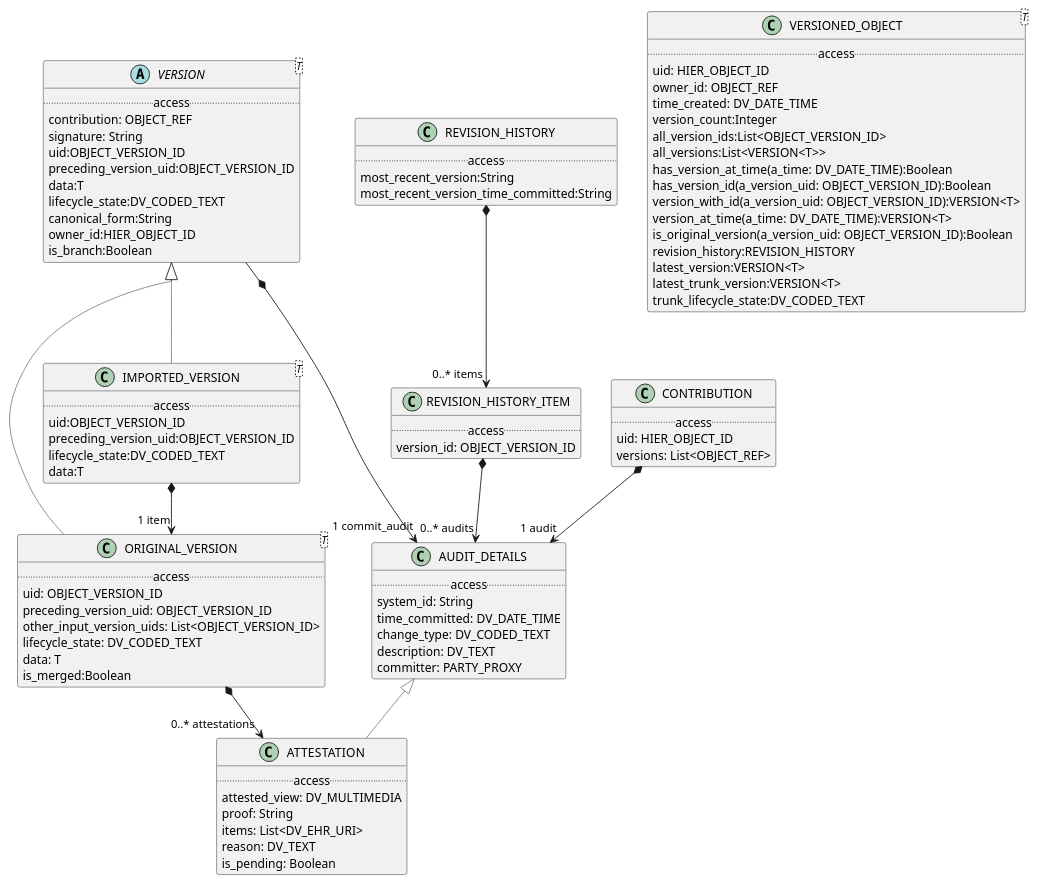
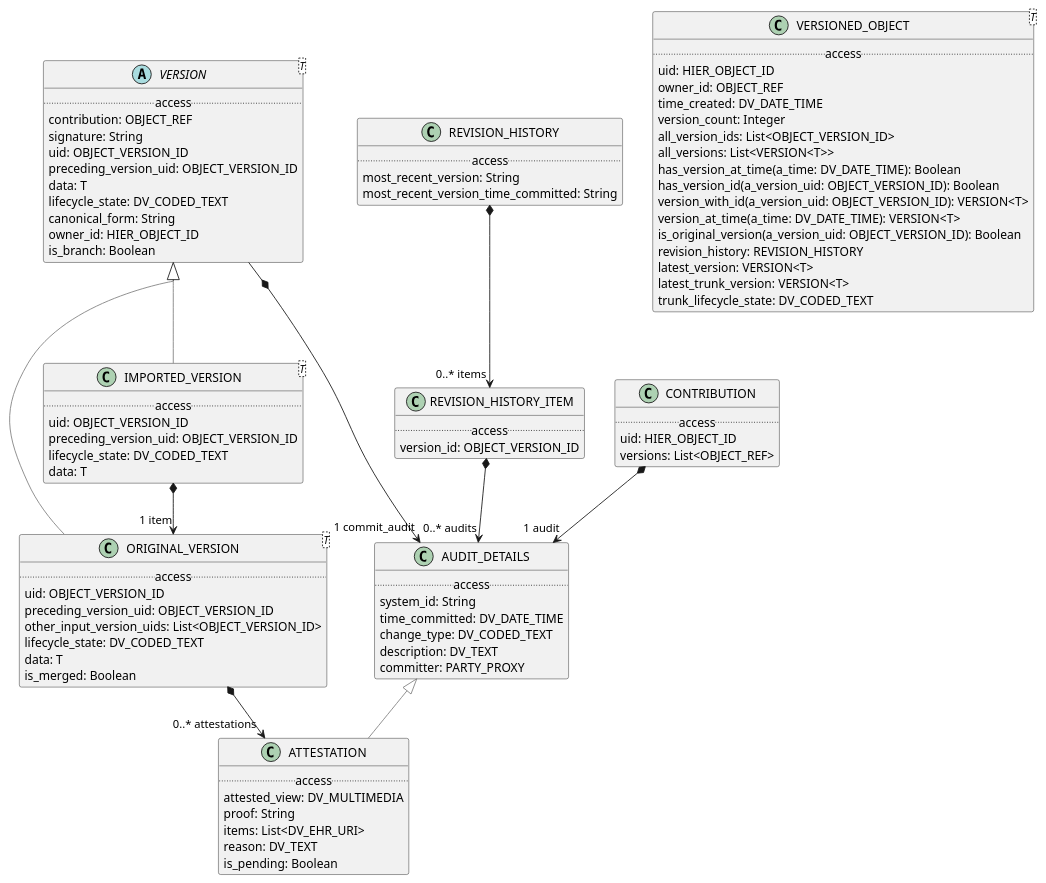
Before and after one commit to wolandscat/openehr-doc: the diagram in modules/ROOT/examples/bmm/infostructure/versioning/versioning-package-uml.adoc, drawn with PlantUML. The commit also changed 293 other files, not shown here.

Commit message:
Regen with tweaks to UML output and correct metatypes for nested generics.

```diff
--- a/modules/ROOT/examples/bmm/infostructure/versioning/versioning-package-uml.adoc
+++ b/modules/ROOT/examples/bmm/infostructure/versioning/versioning-package-uml.adoc
@@ -4,6 +4,16 @@
 ....
 skinparam groupInheritance 2
 skinparam citedClassColor #FDFDFD
+
+
+class AUDIT_DETAILS [[/openehr-doc/latest/infostructure/versioning-gen.html#_class_audit_details]] {
+        .. access ..
+        system_id: String
+        time_committed: DV_DATE_TIME
+        change_type: DV_CODED_TEXT
+        description: DV_TEXT
+        committer: PARTY_PROXY
+}
 
 
 class VERSIONED_OBJECT<T> [[/openehr-doc/latest/infostructure/versioning-gen.html#_class_versioned_object]] {
@@ -11,20 +21,90 @@
         uid: HIER_OBJECT_ID
         owner_id: OBJECT_REF
         time_created: DV_DATE_TIME
-        version_count:Integer
-        all_version_ids:List<OBJECT_VERSION_ID>
-        all_versions:List<VERSION<T>>
-        has_version_at_time(a_time: DV_DATE_TIME):Boolean
-        has_version_id(a_version_uid: OBJECT_VERSION_ID):Boolean
-        version_with_id(a_version_uid: OBJECT_VERSION_ID):VERSION<T>
-        version_at_time(a_time: DV_DATE_TIME):VERSION<T>
-        is_original_version(a_version_uid: OBJECT_VERSION_ID):Boolean
-        revision_history:REVISION_HISTORY
-        latest_version:VERSION<T>
-        latest_trunk_version:VERSION<T>
-        trunk_lifecycle_state:DV_CODED_TEXT
+        version_count: Integer
+        all_version_ids: List<OBJECT_VERSION_ID>
+        all_versions: List<VERSION<T>>
+        has_version_at_time(a_time: DV_DATE_TIME): Boolean
+        has_version_id(a_version_uid: OBJECT_VERSION_ID): Boolean
+        version_with_id(a_version_uid: OBJECT_VERSION_ID): VERSION<T>
+        version_at_time(a_time: DV_DATE_TIME): VERSION<T>
+        is_original_version(a_version_uid: OBJECT_VERSION_ID): Boolean
+        revision_history: REVISION_HISTORY
+        latest_version: VERSION<T>
+        latest_trunk_version: VERSION<T>
+        trunk_lifecycle_state: DV_CODED_TEXT
 }
 
+
+class ORIGINAL_VERSION<T> [[/openehr-doc/latest/infostructure/versioning-gen.html#_class_original_version]] {
+        .. access ..
+        uid: OBJECT_VERSION_ID
+        preceding_version_uid: OBJECT_VERSION_ID
+        other_input_version_uids: List<OBJECT_VERSION_ID>
+        lifecycle_state: DV_CODED_TEXT
+        data: T
+        is_merged: Boolean
+}
+
+ORIGINAL_VERSION -[#gray]up-|> VERSION  
+
+
+ORIGINAL_VERSION *--> "0..* attestations" ATTESTATION
+
+class IMPORTED_VERSION<T> [[/openehr-doc/latest/infostructure/versioning-gen.html#_class_imported_version]] {
+        .. access ..
+        uid: OBJECT_VERSION_ID
+        preceding_version_uid: OBJECT_VERSION_ID
+        lifecycle_state: DV_CODED_TEXT
+        data: T
+}
+
+IMPORTED_VERSION -[#gray]up-|> VERSION  
+
+
+IMPORTED_VERSION *--> "1 item" ORIGINAL_VERSION
+
+class REVISION_HISTORY_ITEM [[/openehr-doc/latest/infostructure/versioning-gen.html#_class_revision_history_item]] {
+        .. access ..
+        version_id: OBJECT_VERSION_ID
+}
+
+
+REVISION_HISTORY_ITEM *--> "0..* audits" AUDIT_DETAILS
+
+class CONTRIBUTION [[/openehr-doc/latest/infostructure/versioning-gen.html#_class_contribution]] {
+        .. access ..
+        uid: HIER_OBJECT_ID
+        versions: List<OBJECT_REF>
+}
+
+
+CONTRIBUTION *--> "1 audit" AUDIT_DETAILS
+
+class REVISION_HISTORY [[/openehr-doc/latest/infostructure/versioning-gen.html#_class_revision_history]] {
+        .. access ..
+        most_recent_version: String
+        most_recent_version_time_committed: String
+}
+
+
+REVISION_HISTORY *--> "0..* items" REVISION_HISTORY_ITEM
+
+abstract class VERSION<T> [[/openehr-doc/latest/infostructure/versioning-gen.html#_class_version]] {
+        .. access ..
+        contribution: OBJECT_REF
+        signature: String
+        uid: OBJECT_VERSION_ID
+        preceding_version_uid: OBJECT_VERSION_ID
+        data: T
+        lifecycle_state: DV_CODED_TEXT
+        canonical_form: String
+        owner_id: HIER_OBJECT_ID
+        is_branch: Boolean
+}
+
+
+VERSION *--> "1 commit_audit" AUDIT_DETAILS
 
 class ATTESTATION [[/openehr-doc/latest/infostructure/versioning-gen.html#_class_attestation]] {
         .. access ..
@@ -38,84 +118,4 @@
 ATTESTATION -[#gray]up-|> AUDIT_DETAILS  
 
 
-class REVISION_HISTORY_ITEM [[/openehr-doc/latest/infostructure/versioning-gen.html#_class_revision_history_item]] {
-        .. access ..
-        version_id: OBJECT_VERSION_ID
-}
-
-
-REVISION_HISTORY_ITEM *--> "0..* audits" AUDIT_DETAILS
-
-class REVISION_HISTORY [[/openehr-doc/latest/infostructure/versioning-gen.html#_class_revision_history]] {
-        .. access ..
-        most_recent_version:String
-        most_recent_version_time_committed:String
-}
-
-
-REVISION_HISTORY *--> "0..* items" REVISION_HISTORY_ITEM
-
-abstract class VERSION<T> [[/openehr-doc/latest/infostructure/versioning-gen.html#_class_version]] {
-        .. access ..
-        contribution: OBJECT_REF
-        signature: String
-        uid:OBJECT_VERSION_ID
-        preceding_version_uid:OBJECT_VERSION_ID
-        data:T
-        lifecycle_state:DV_CODED_TEXT
-        canonical_form:String
-        owner_id:HIER_OBJECT_ID
-        is_branch:Boolean
-}
-
-
-VERSION *--> "1 commit_audit" AUDIT_DETAILS
-
-class AUDIT_DETAILS [[/openehr-doc/latest/infostructure/versioning-gen.html#_class_audit_details]] {
-        .. access ..
-        system_id: String
-        time_committed: DV_DATE_TIME
-        change_type: DV_CODED_TEXT
-        description: DV_TEXT
-        committer: PARTY_PROXY
-}
-
-
-class CONTRIBUTION [[/openehr-doc/latest/infostructure/versioning-gen.html#_class_contribution]] {
-        .. access ..
-        uid: HIER_OBJECT_ID
-        versions: List<OBJECT_REF>
-}
-
-
-CONTRIBUTION *--> "1 audit" AUDIT_DETAILS
-
-class ORIGINAL_VERSION<T> [[/openehr-doc/latest/infostructure/versioning-gen.html#_class_original_version]] {
-        .. access ..
-        uid: OBJECT_VERSION_ID
-        preceding_version_uid: OBJECT_VERSION_ID
-        other_input_version_uids: List<OBJECT_VERSION_ID>
-        lifecycle_state: DV_CODED_TEXT
-        data: T
-        is_merged:Boolean
-}
-
-ORIGINAL_VERSION -[#gray]up-|> VERSION  
-
-
-ORIGINAL_VERSION *--> "0..* attestations" ATTESTATION
-
-class IMPORTED_VERSION<T> [[/openehr-doc/latest/infostructure/versioning-gen.html#_class_imported_version]] {
-        .. access ..
-        uid:OBJECT_VERSION_ID
-        preceding_version_uid:OBJECT_VERSION_ID
-        lifecycle_state:DV_CODED_TEXT
-        data:T
-}
-
-IMPORTED_VERSION -[#gray]up-|> VERSION  
-
-
-IMPORTED_VERSION *--> "1 item" ORIGINAL_VERSION
-
 ....
```
